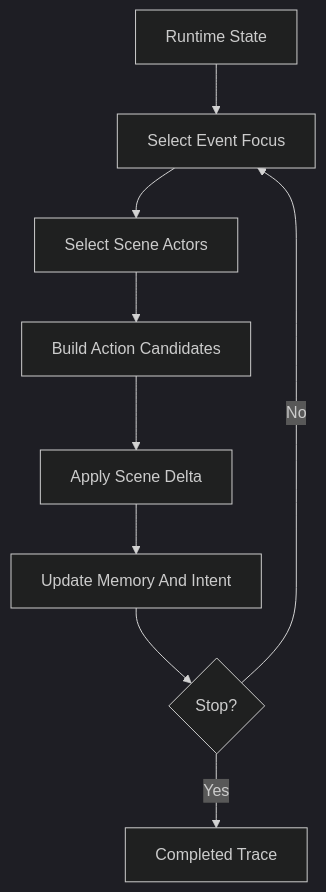
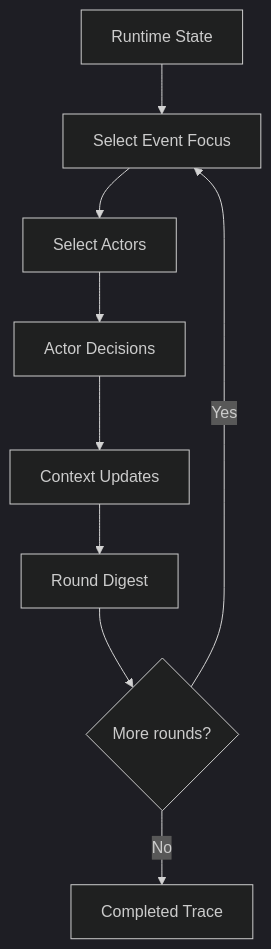
The diagram in docs/workflows/runtime.md (keonho-kim/simula), drawn with Mermaid (dark theme) before and after one commit. The commit also changed other lines of this file and 20 other files, not shown here.

````diff
--- a/docs/workflows/runtime.md
+++ b/docs/workflows/runtime.md
@@ -7,11 +7,11 @@
 ```mermaid
 flowchart TD
     Start["Runtime State"] --> Select["Select Event Focus"]
-    Select --> Actors["Select Scene Actors"]
-    Actors --> Actions["Build Action Candidates"]
-    Actions --> Delta["Apply Scene Delta"]
-    Delta --> Memory["Update Memory And Intent"]
-    Memory --> Stop{"Stop?"}
-    Stop -->|No| Select
-    Stop -->|Yes| Done["Completed Trace"]
+    Select --> Actors["Select Actors"]
+    Actors --> Decide["Actor Decisions"]
+    Decide --> Context["Context Updates"]
+    Context --> Round["Round Digest"]
+    Round --> Stop{"More rounds?"}
+    Stop -->|Yes| Select
+    Stop -->|No| Done["Completed Trace"]
 ```
````
